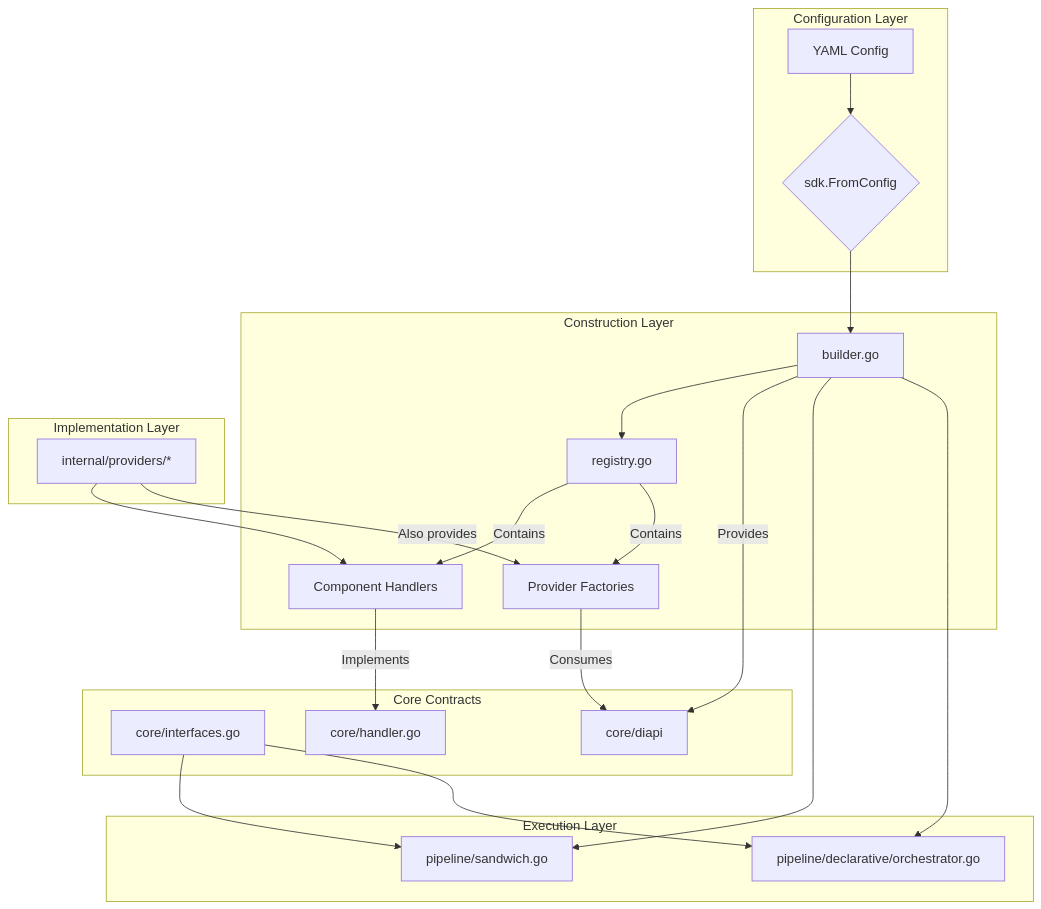
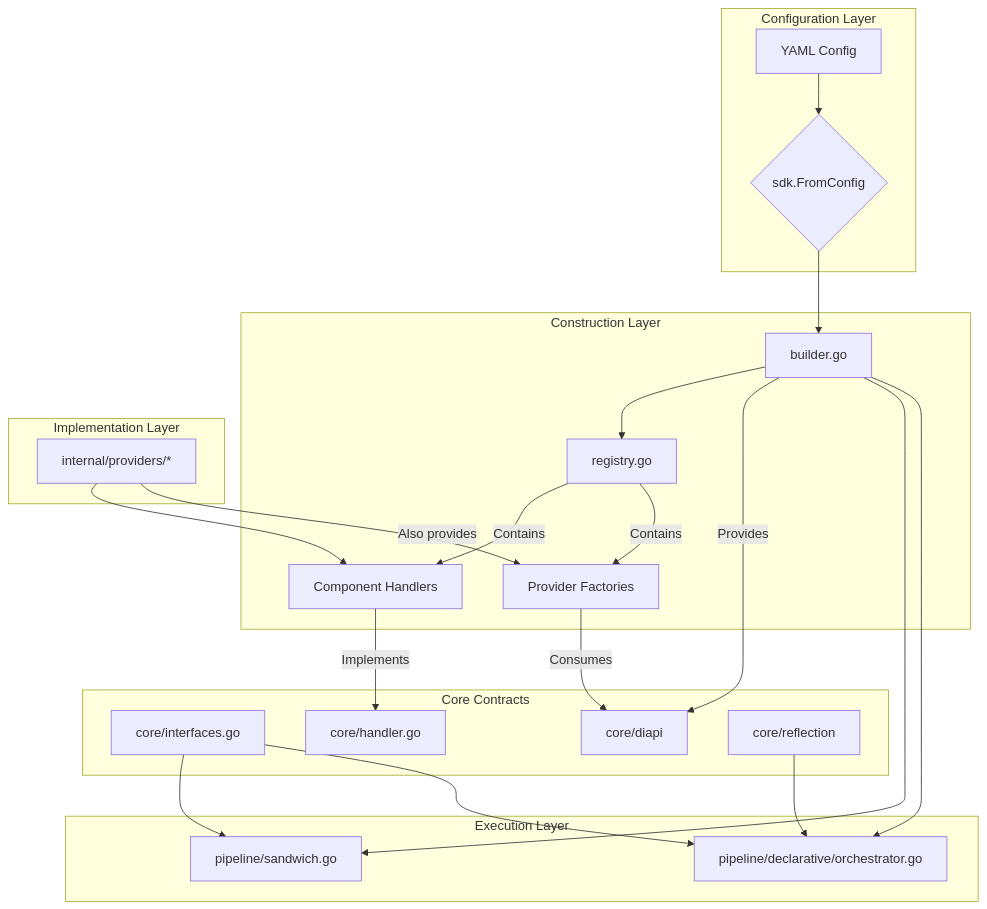
Before and after one commit to duynguyendang/manglekit: the first of 2 diagrams in docs/LLD.md, drawn with Mermaid. The commit also changed other lines of this file and 3 other files, not shown here.

First line of the commit message:
feat: implement core/reflection Struct-to-Fact engine

````diff
--- a/docs/LLD.md
+++ b/docs/LLD.md
@@ -17,37 +17,39 @@
 ```mermaid
 graph TD
     subgraph "Configuration Layer"
         A[YAML Config] --> B{sdk.FromConfig}
     end
 
     subgraph "Construction Layer"
         B --> C[builder.go]
         C --> D[registry.go]
         D -- Contains --> E[Component Handlers]
         D -- Contains --> F[Provider Factories]
     end
 
     subgraph "Core Contracts"
         G[core/interfaces.go]
         H[core/handler.go]
         I[core/diapi]
+        M[core/reflection]
     end
 
     subgraph "Implementation Layer"
         E -- Implements --> H
         F -- Consumes --> I
         C -- Provides --> I
         J[internal/providers/*] --> E
         J -- Also provides --> F
     end
 
     subgraph "Execution Layer"
         K["pipeline/sandwich.go"]
         L["pipeline/declarative/orchestrator.go"]
         C --> K
         C --> L
     end
 
     G --> K
     G --> L
+    M --> L
 ```
````
